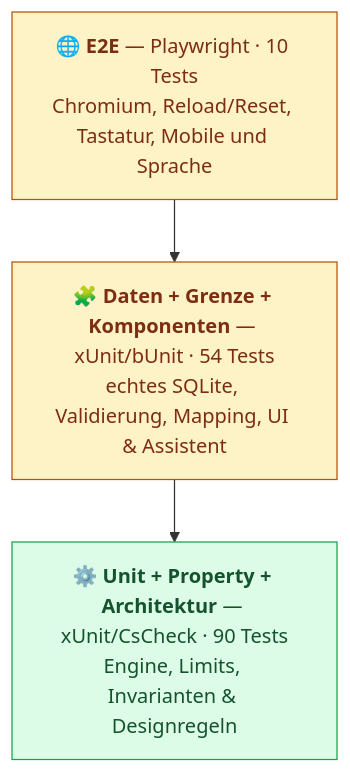
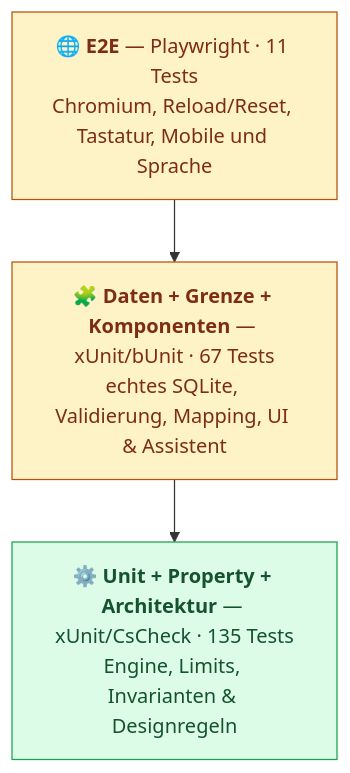
Before and after one commit to aco993/WorkPlanStudio: the diagram in docs/TESTING.de.md, drawn with Mermaid. The commit also changed other lines of this file and 8 other files, not shown here.

````diff
--- a/docs/TESTING.de.md
+++ b/docs/TESTING.de.md
@@ -14,13 +14,13 @@
 ```mermaid
 graph TD
-    E2E["🌐 <b>E2E</b> — Playwright · 10 Tests<br/>Chromium, Reload/Reset, Tastatur, Mobile und Sprache"]
-    WEB["🧩 <b>Daten + Grenze + Komponenten</b> — xUnit/bUnit · 54 Tests<br/>echtes SQLite, Validierung, Mapping, UI &amp; Assistent"]
-    UNIT["⚙️ <b>Unit + Property + Architektur</b> — xUnit/CsCheck · 90 Tests<br/>Engine, Limits, Invarianten &amp; Designregeln"]
+    E2E["🌐 <b>E2E</b> — Playwright · 11 Tests<br/>Chromium, Reload/Reset, Tastatur, Mobile und Sprache"]
+    WEB["🧩 <b>Daten + Grenze + Komponenten</b> — xUnit/bUnit · 67 Tests<br/>echtes SQLite, Validierung, Mapping, UI &amp; Assistent"]
+    UNIT["⚙️ <b>Unit + Property + Architektur</b> — xUnit/CsCheck · 135 Tests<br/>Engine, Limits, Invarianten &amp; Designregeln"]
 
     E2E --> WEB --> UNIT
 
     classDef fast fill:#dcfce7,stroke:#16a34a,color:#14532d;
     classDef slow fill:#fef3c7,stroke:#b45309,color:#7c2d12;
     class UNIT fast;
     class WEB,E2E slow;
 ```
````
